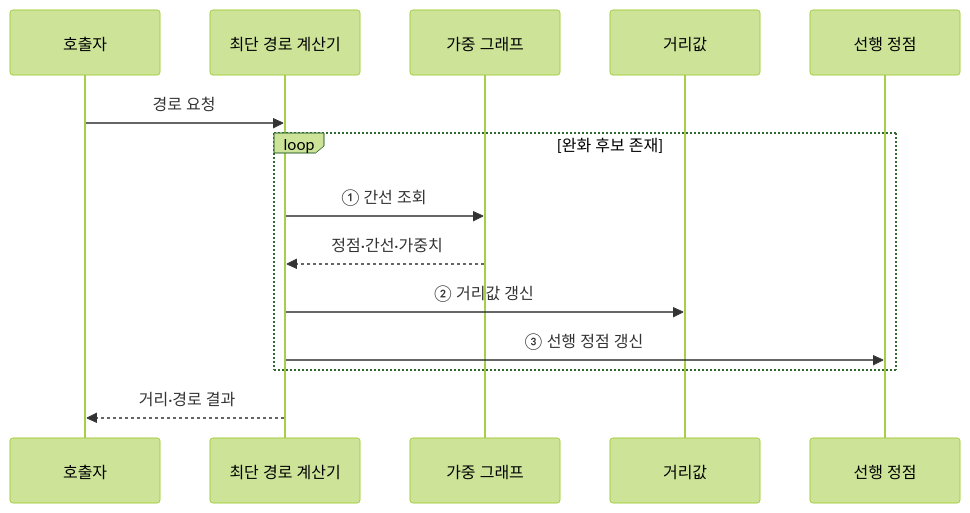
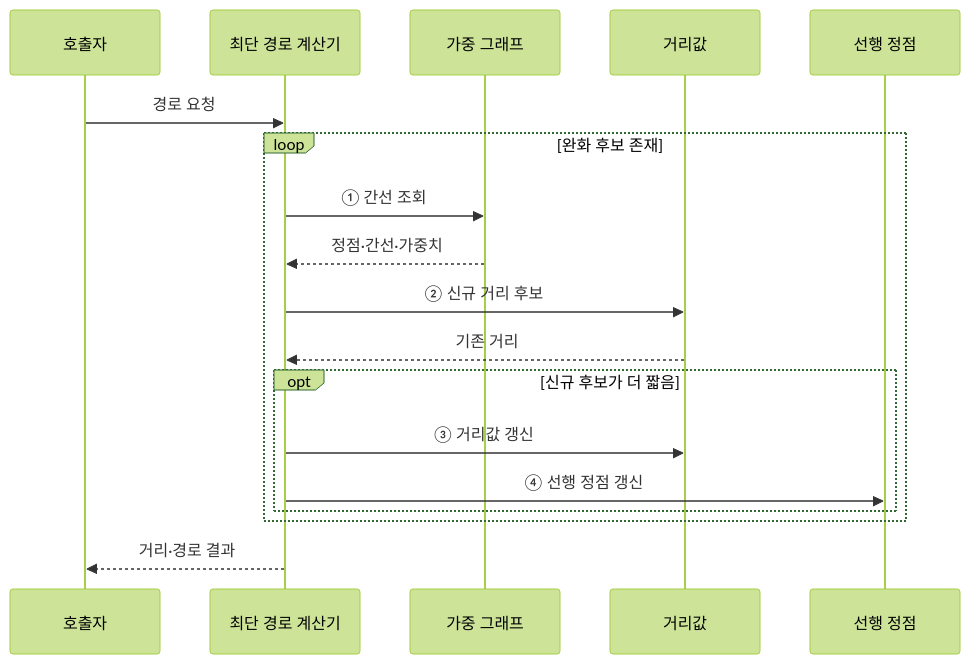
The second of 2 diagrams in src/content/docs/notes/01-basic-theory/011_shortest_path.md (agnusdei1207/knowledge-base), drawn with Mermaid (forest theme) before and after one commit. The commit also changed other lines of this file and 13 other files, not shown here.

````diff
--- a/src/content/docs/notes/01-basic-theory/011_shortest_path.md
+++ b/src/content/docs/notes/01-basic-theory/011_shortest_path.md
@@ -78,16 +78,20 @@
 ```mermaid
 sequenceDiagram
     participant Q as 호출자
     participant S as 최단 경로 계산기
     participant G as 가중 그래프
     participant D as 거리값
     participant R as 선행 정점
     Q->>S: 경로 요청
     loop 완화 후보 존재
         S->>G: ① 간선 조회
         G-->>S: 정점·간선·가중치
-        S->>D: ② 거리값 갱신
-        S->>R: ③ 선행 정점 갱신
+        S->>D: ② 신규 거리 후보
+        D-->>S: 기존 거리
+        opt 신규 후보가 더 짧음
+            S->>D: ③ 거리값 갱신
+            S->>R: ④ 선행 정점 갱신
+        end
     end
     S-->>Q: 거리·경로 결과
 ```
````
